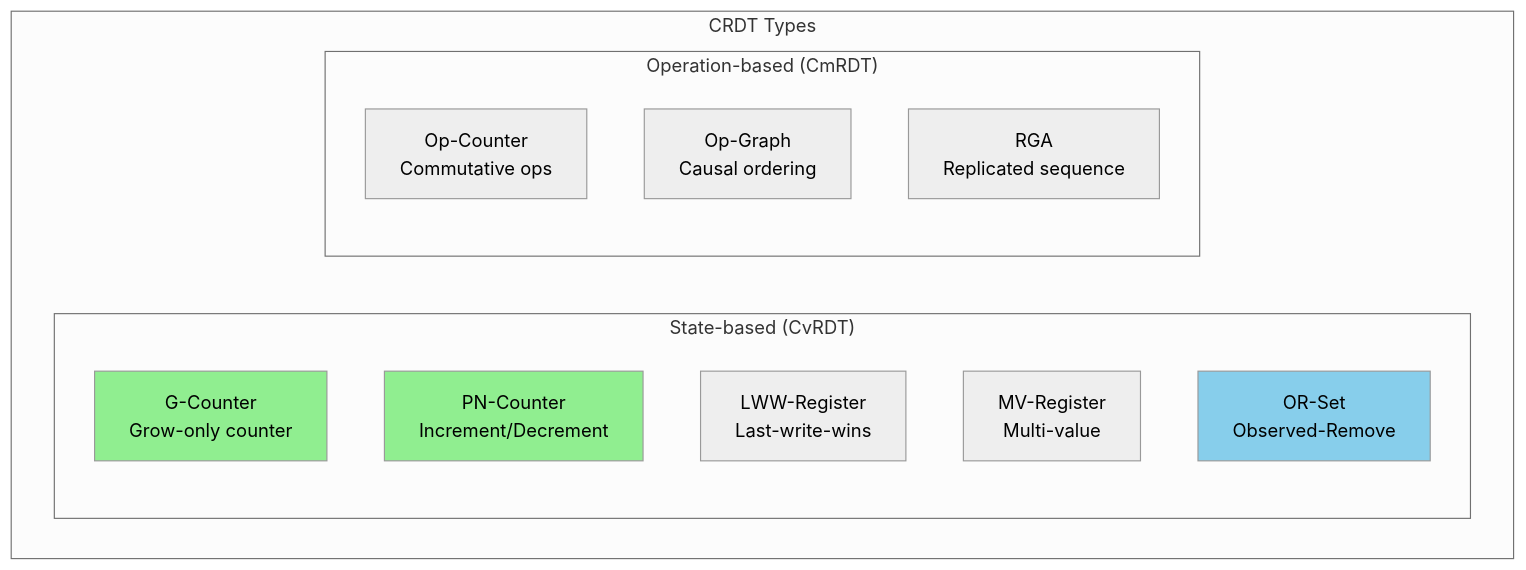
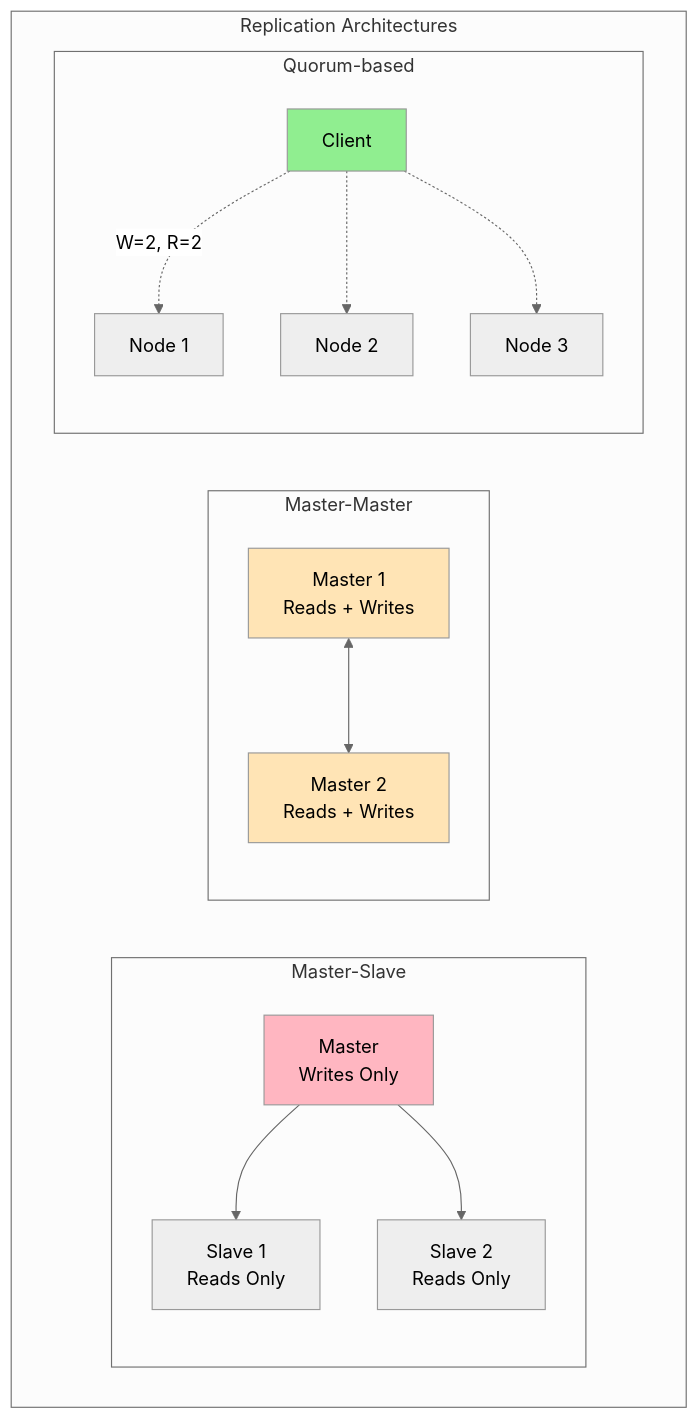
The third of 5 diagrams in docs/core-principles/pillars/state-distribution.md (deepaucksharma/DStudio), drawn with Mermaid (neutral theme) before and after one commit. The commit also changed other lines of this file and 112 other files, not shown here.

````diff
--- a/docs/core-principles/pillars/state-distribution.md
+++ b/docs/core-principles/pillars/state-distribution.md
@@ -840,22 +90,33 @@
 ```mermaid
 graph TB
-    subgraph "CRDT Types"
-        subgraph "State-based (CvRDT)"
-            GC[G-Counter<br/>Grow-only counter]
-            PN[PN-Counter<br/>Increment/Decrement]
-            LWW[LWW-Register<br/>Last-write-wins]
-            MV[MV-Register<br/>Multi-value]
-            OR[OR-Set<br/>Observed-Remove]
+    subgraph "Replication Architectures"
+        subgraph "Master-Slave"
+            MS_Master[Master<br/>Writes Only]
+            MS_Slave1[Slave 1<br/>Reads Only]
+            MS_Slave2[Slave 2<br/>Reads Only] 
+            MS_Master --> MS_Slave1
+            MS_Master --> MS_Slave2
         end
         
-        subgraph "Operation-based (CmRDT)"
-            OC[Op-Counter<br/>Commutative ops]
-            OG[Op-Graph<br/>Causal ordering]
-            RGA[RGA<br/>Replicated sequence]
+        subgraph "Master-Master"
+            MM_Master1[Master 1<br/>Reads + Writes]
+            MM_Master2[Master 2<br/>Reads + Writes]
+            MM_Master1 <--> MM_Master2
+        end
+        
+        subgraph "Quorum-based"
+            Q_Node1[Node 1]
+            Q_Node2[Node 2]
+            Q_Node3[Node 3]
+            Q_Client[Client]
+            Q_Client -.->|W=2, R=2| Q_Node1
+            Q_Client -.-> Q_Node2
+            Q_Client -.-> Q_Node3
         end
     end
     
-    style GC fill:#90EE90
-    style PN fill:#90EE90
-    style OR fill:#87CEEB
+    style MS_Master fill:#FFB6C1
+    style MM_Master1 fill:#FFE4B5
+    style MM_Master2 fill:#FFE4B5
+    style Q_Client fill:#90EE90
 ```
````
